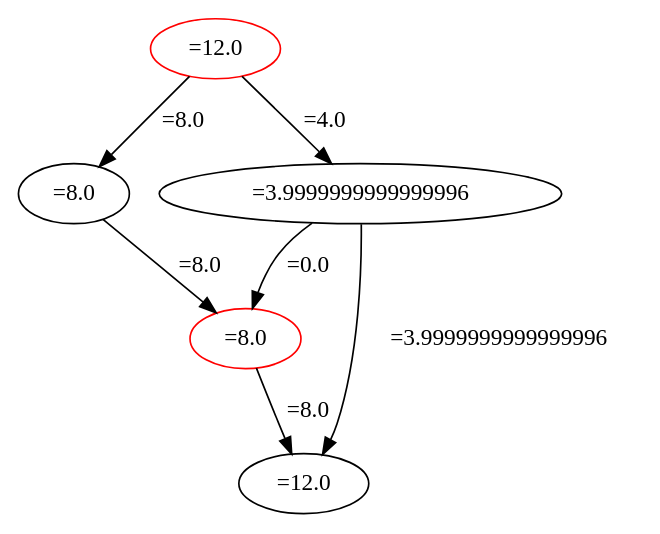
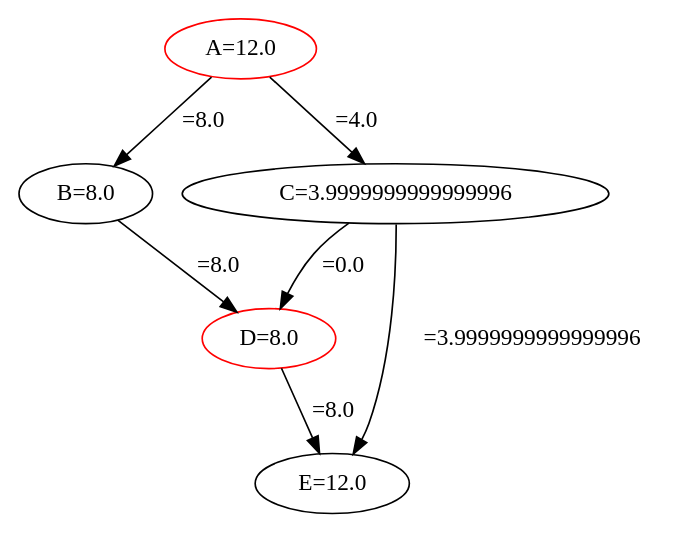
Before and after one commit to migueltoro/ada_v2_18: the diagram in java/EjemplosDeGrafos/ficheros/flow1Soluciones.gv, drawn with Graphviz. The commit also changed 29 other files, not shown here.

```diff
--- a/java/EjemplosDeGrafos/ficheros/flow1Soluciones.gv
+++ b/java/EjemplosDeGrafos/ficheros/flow1Soluciones.gv
@@ -1,13 +1,13 @@
 strict digraph G {
-  1 [ label="=12.0" color="red" ];
-  2 [ label="=8.0" ];
-  3 [ label="=3.9999999999999996" ];
-  4 [ label="=8.0" color="red" ];
-  5 [ label="=12.0" ];
+  1 [ label="A=12.0" color="red" ];
+  2 [ label="B=8.0" ];
+  3 [ label="C=3.9999999999999996" ];
+  4 [ label="D=8.0" color="red" ];
+  5 [ label="E=12.0" ];
   1 -> 3 [ label="=4.0" ];
   1 -> 2 [ label="=8.0" ];
   2 -> 4 [ label="=8.0" ];
   3 -> 4 [ label="=0.0" ];
   3 -> 5 [ label="=3.9999999999999996" ];
   4 -> 5 [ label="=8.0" ];
 }
```
